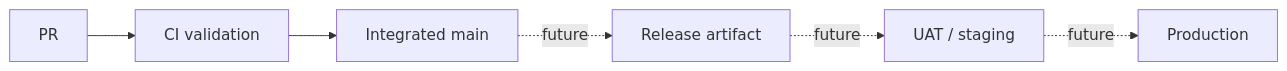
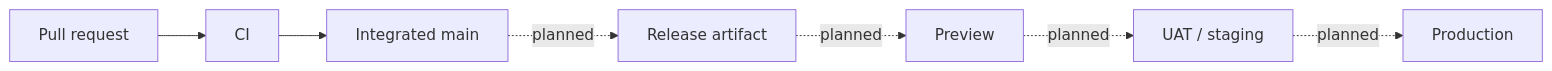
The second of 2 diagrams in docs/delivery/CI_CD.md (kumarchandansingh/tropos), drawn with Mermaid before and after one commit. The commit also changed other lines of this file and 13 other files, not shown here.

````diff
--- a/docs/delivery/CI_CD.md
+++ b/docs/delivery/CI_CD.md
@@ -119,9 +64,10 @@
 ```mermaid
 flowchart LR
-    PR[PR]
-    --> CI[CI validation]
+    PR[Pull request]
+    --> CI[CI]
     --> Main[Integrated main]
-    -. future .-> Build[Release artifact]
-    -. future .-> UAT[UAT / staging]
-    -. future .-> Prod[Production]
+    -. planned .-> Artifact[Release artifact]
+    -. planned .-> Preview[Preview]
+    -. planned .-> UAT[UAT / staging]
+    -. planned .-> Prod[Production]
 ```
````
